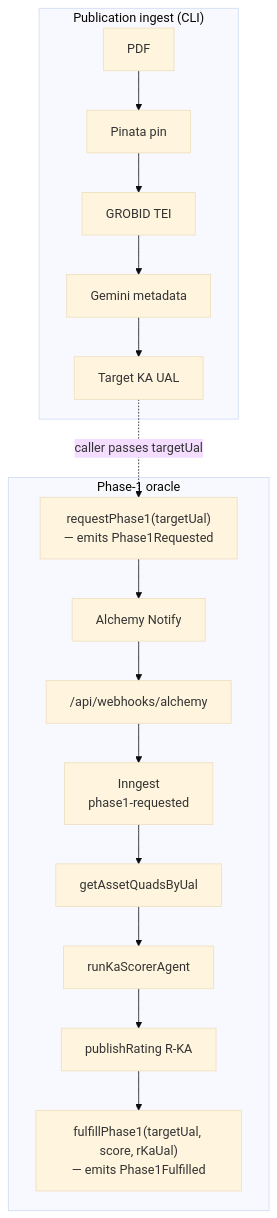
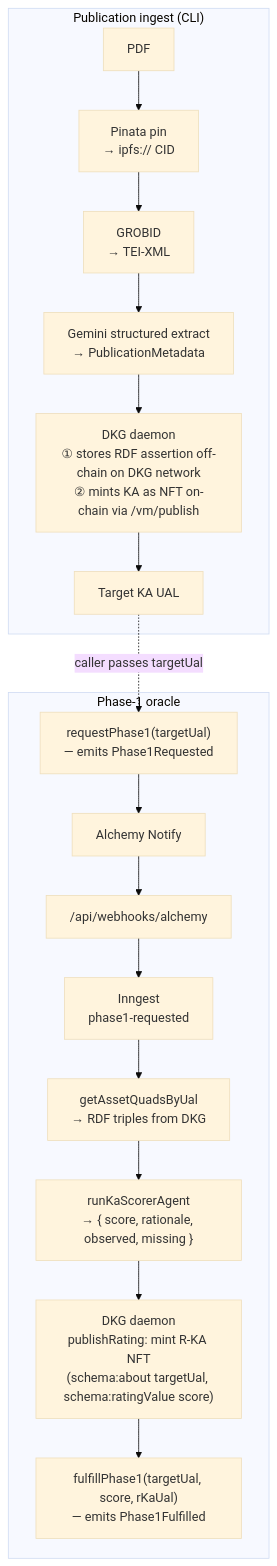
Before and after one commit to SiegfriedBz/desci-rating-dapp: the first of 3 diagrams in README.md, drawn with Mermaid (base theme). The commit also changed other lines of this file, not shown here.

Commit message:
docs: expand architecture diagrams — explicit DKG dual publish, R-KA quads, split planned web flows

````diff
--- a/README.md
+++ b/README.md
@@ -51,21 +51,22 @@
 ```mermaid
 flowchart TD
   subgraph ingest["Publication ingest (CLI)"]
-    PDF["PDF"] --> PIN["Pinata pin"]
-    PIN --> GROBID["GROBID TEI"]
-    GROBID --> META["Gemini metadata"]
-    META --> TKA["Target KA UAL"]
+    PDF["PDF"] --> PIN["Pinata pin\n→ ipfs:// CID"]
+    PIN --> GROBID["GROBID\n→ TEI-XML"]
+    GROBID --> META["Gemini structured extract\n→ PublicationMetadata"]
+    META --> DAEMON["DKG daemon\n① stores RDF assertion off-chain on DKG network\n② mints KA as NFT on-chain via /vm/publish"]
+    DAEMON --> UAL["Target KA UAL"]
   end
 
   subgraph oracle["Phase-1 oracle"]
     REQ["requestPhase1(targetUal)\n— emits Phase1Requested"] --> ALCH["Alchemy Notify"]
     ALCH --> WH["/api/webhooks/alchemy"]
     WH --> INN["Inngest\nphase1-requested"]
-    INN --> FETCH["getAssetQuadsByUal"]
-    FETCH --> SCORE["runKaScorerAgent"]
-    SCORE --> RKA["publishRating R-KA"]
+    INN --> FETCH["getAssetQuadsByUal\n→ RDF triples from DKG"]
+    FETCH --> SCORE["runKaScorerAgent\n→ { score, rationale, observed, missing }"]
+    SCORE --> RKA["DKG daemon\npublishRating: mint R-KA NFT\n(schema:about targetUal, schema:ratingValue score)"]
     RKA --> FUL["fulfillPhase1(targetUal, score, rKaUal)\n— emits Phase1Fulfilled"]
   end
 
-  TKA -.->|"caller passes targetUal"| REQ
+  UAL -.->|"caller passes targetUal"| REQ
 ```
````
